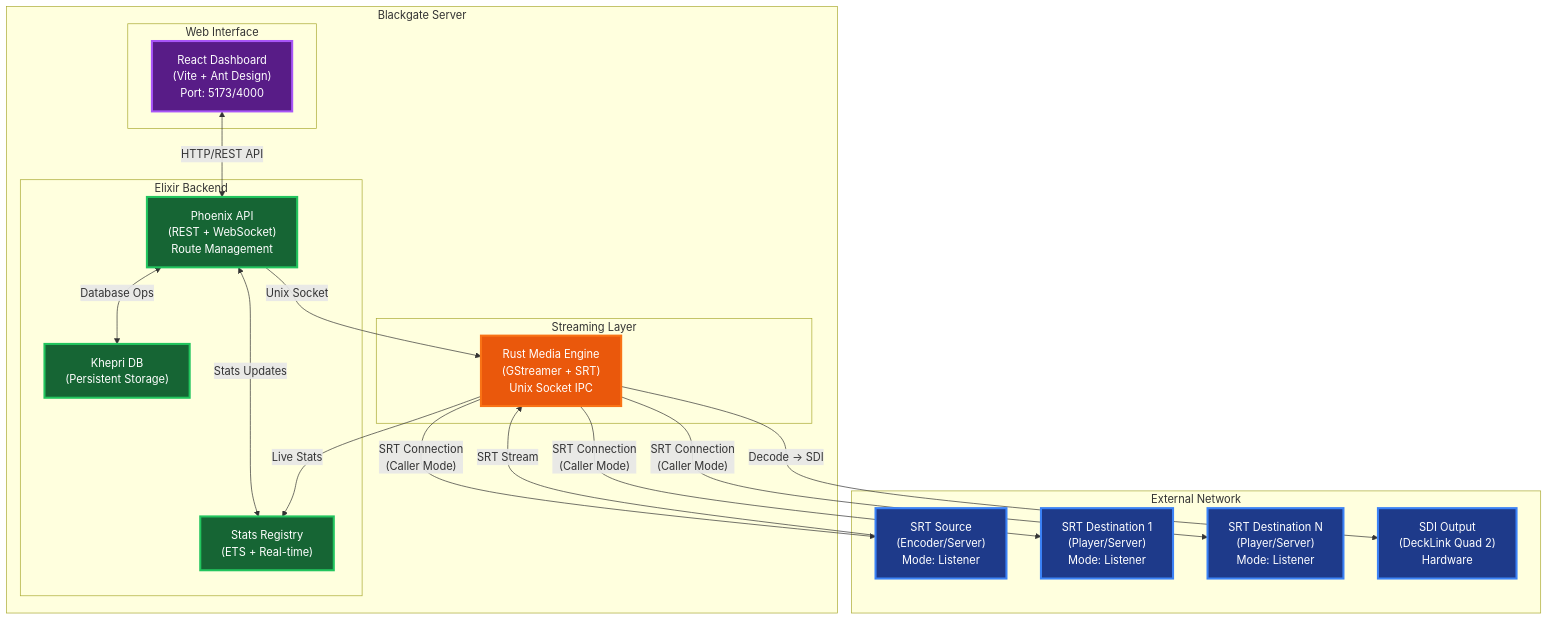
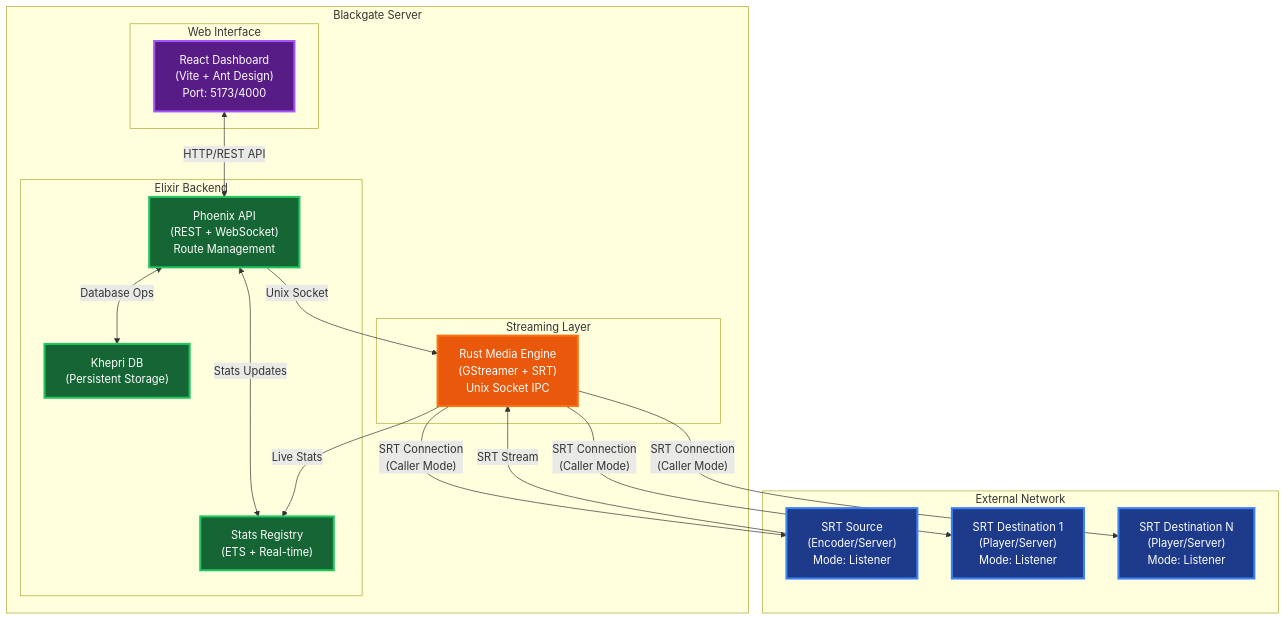
The second of 4 diagrams in README.md (visual-alchemy/blackgate-project), drawn with Mermaid before and after one commit. The commit also changed other lines of this file and 18 other files, not shown here.

````diff
--- a/README.md
+++ b/README.md
@@ -155,47 +147,45 @@
 ```mermaid
 graph TB
     subgraph "Blackgate Server"
         subgraph "Web Interface"
             A["React Dashboard<br/>(Vite + Ant Design)<br/>Port: 5173/4000"]
         end
         
         subgraph "Elixir Backend"
             B["Phoenix API<br/>(REST + WebSocket)<br/>Route Management"]
             C["Stats Registry<br/>(ETS + Real-time)"]
             D["Khepri DB<br/>(Persistent Storage)"]
         end
         
         subgraph "Streaming Layer"
             E["Rust Media Engine<br/>(GStreamer + SRT)<br/>Unix Socket IPC"]
         end
     end
     
     subgraph "External Network"
         F["SRT Source<br/>(Encoder/Server)<br/>Mode: Listener"]
         G["SRT Destination 1<br/>(Player/Server)<br/>Mode: Listener"]
         H["SRT Destination N<br/>(Player/Server)<br/>Mode: Listener"]
-        I["SDI Output<br/>(DeckLink Quad 2)<br/>Hardware"]
     end
     
     E -->|"SRT Connection<br/>(Caller Mode)"| F
     F -->|"SRT Stream"| E
     E -->|"SRT Connection<br/>(Caller Mode)"| G
     E -->|"SRT Connection<br/>(Caller Mode)"| H
-    E -->|"Decode → SDI"| I
     
     A <-->|"HTTP/REST API"| B
     B <-->|"Database Ops"| D
     B <-->|"Stats Updates"| C
     B -->|"Unix Socket"| E
     E -->|"Live Stats"| C
     
     classDef external fill:#1e3a8a,stroke:#3b82f6,stroke-width:3px,color:#ffffff
     classDef ui fill:#581c87,stroke:#a855f7,stroke-width:3px,color:#ffffff
     classDef backend fill:#166534,stroke:#22c55e,stroke-width:3px,color:#ffffff
     classDef streaming fill:#ea580c,stroke:#f97316,stroke-width:3px,color:#ffffff
     
     class F,G,H,I external
     class A ui
     class B,C,D backend
     class E streaming
 ```
````
